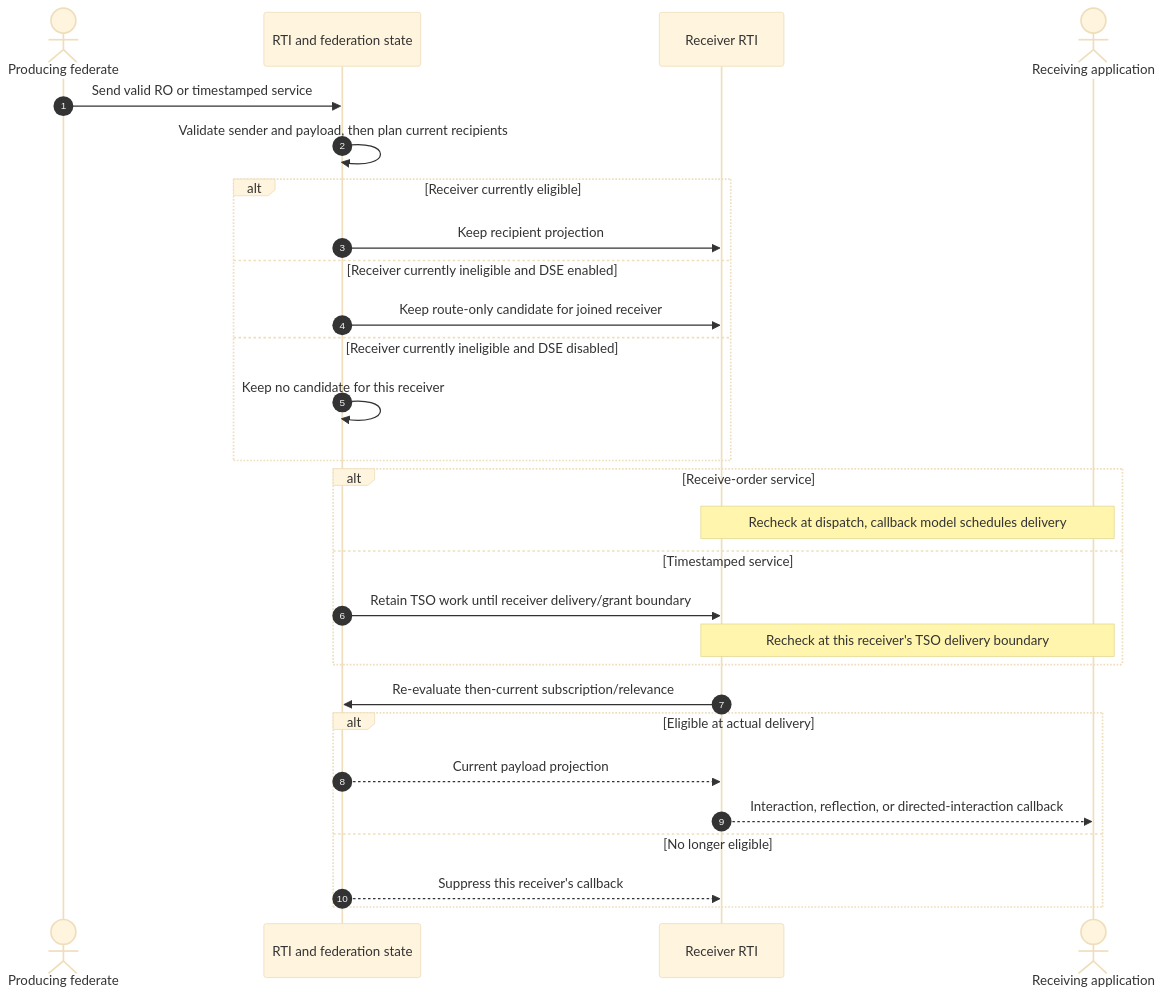
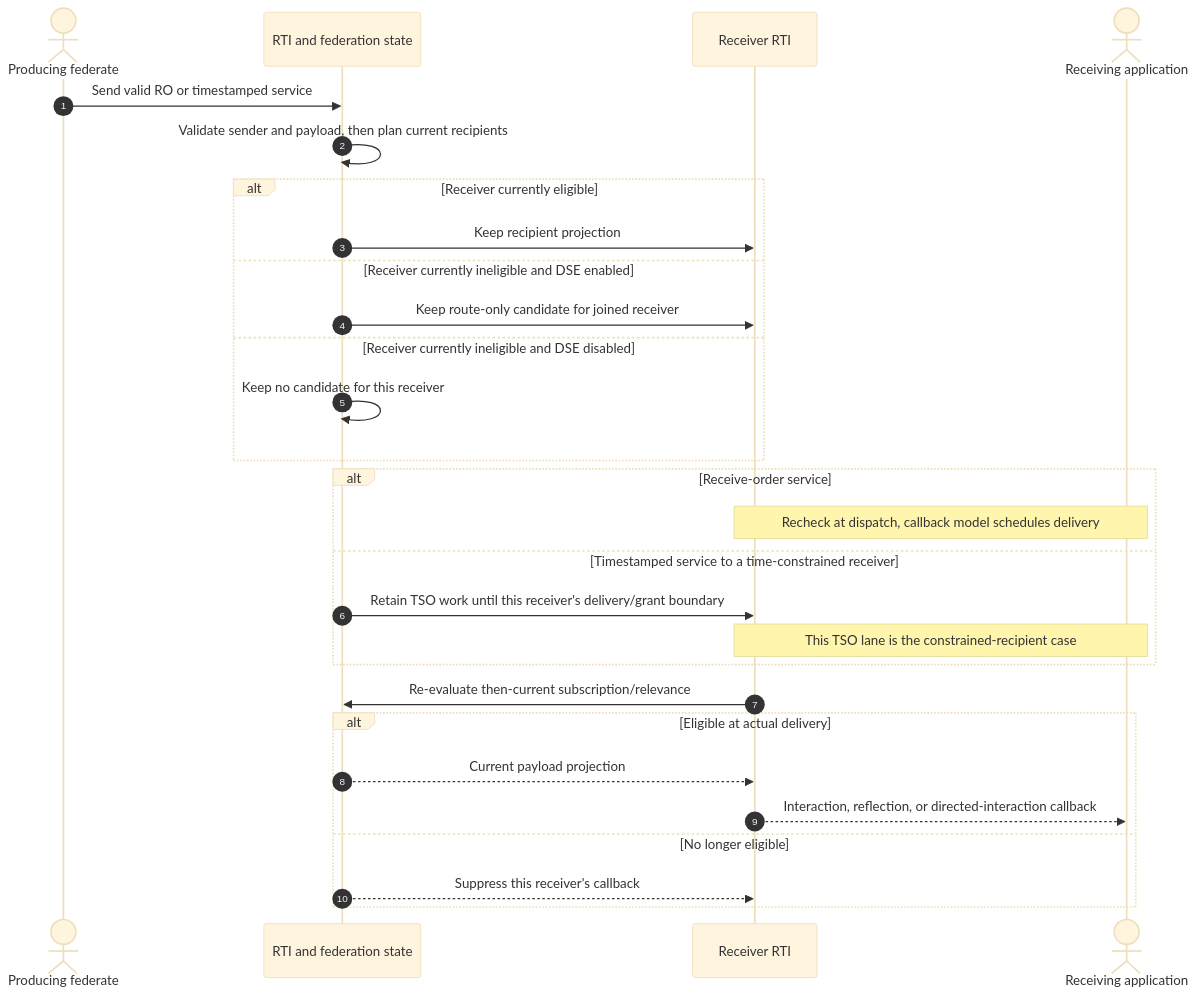
Before and after one commit to sheepfling/umbra: the fourth of 4 diagrams in docs/design/HLA-2025-DELAY-SUBSCRIPTION-EVALUATION-FLOW-GUIDE.md, drawn with Mermaid (base theme). The commit also changed other lines of this file and 822 other files, not shown here.

````diff
--- a/docs/design/HLA-2025-DELAY-SUBSCRIPTION-EVALUATION-FLOW-GUIDE.md
+++ b/docs/design/HLA-2025-DELAY-SUBSCRIPTION-EVALUATION-FLOW-GUIDE.md
@@ -90,31 +163,31 @@
 ```mermaid
 sequenceDiagram
   autonumber
   actor Sender as Producing federate
   participant RTI as RTI and federation state
   participant ReceiverRTI as Receiver RTI
   actor Receiver as Receiving application
 
   Sender->>RTI: Send valid RO or timestamped service
   RTI->>RTI: Validate sender and payload, then plan current recipients
   alt Receiver currently eligible
     RTI->>ReceiverRTI: Keep recipient projection
   else Receiver currently ineligible and DSE enabled
     RTI->>ReceiverRTI: Keep route-only candidate for joined receiver
   else Receiver currently ineligible and DSE disabled
     RTI->>RTI: Keep no candidate for this receiver
   end
   alt Receive-order service
     Note over ReceiverRTI,Receiver: Recheck at dispatch, callback model schedules delivery
-  else Timestamped service
-    RTI->>ReceiverRTI: Retain TSO work until receiver delivery/grant boundary
-    Note over ReceiverRTI,Receiver: Recheck at this receiver's TSO delivery boundary
+  else Timestamped service to a time-constrained receiver
+    RTI->>ReceiverRTI: Retain TSO work until this receiver's delivery/grant boundary
+    Note over ReceiverRTI,Receiver: This TSO lane is the constrained-recipient case
   end
   ReceiverRTI->>RTI: Re-evaluate then-current subscription/relevance
   alt Eligible at actual delivery
     RTI-->>ReceiverRTI: Current payload projection
     ReceiverRTI-->>Receiver: Interaction, reflection, or directed-interaction callback
   else No longer eligible
     RTI-->>ReceiverRTI: Suppress this receiver's callback
   end
 ```
````
